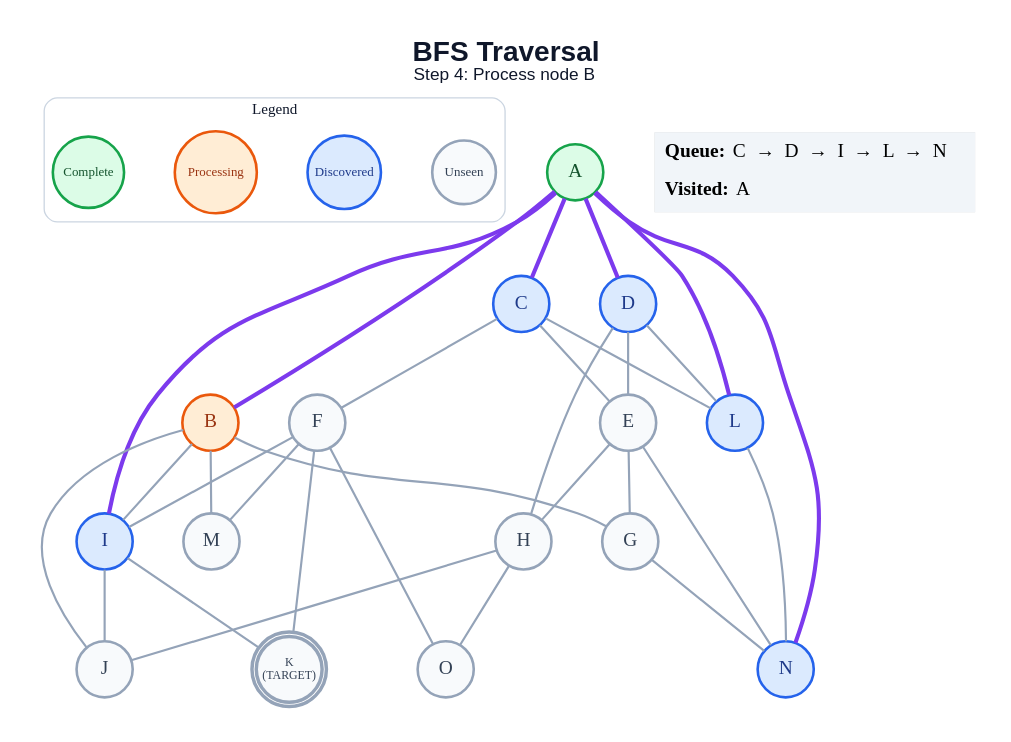
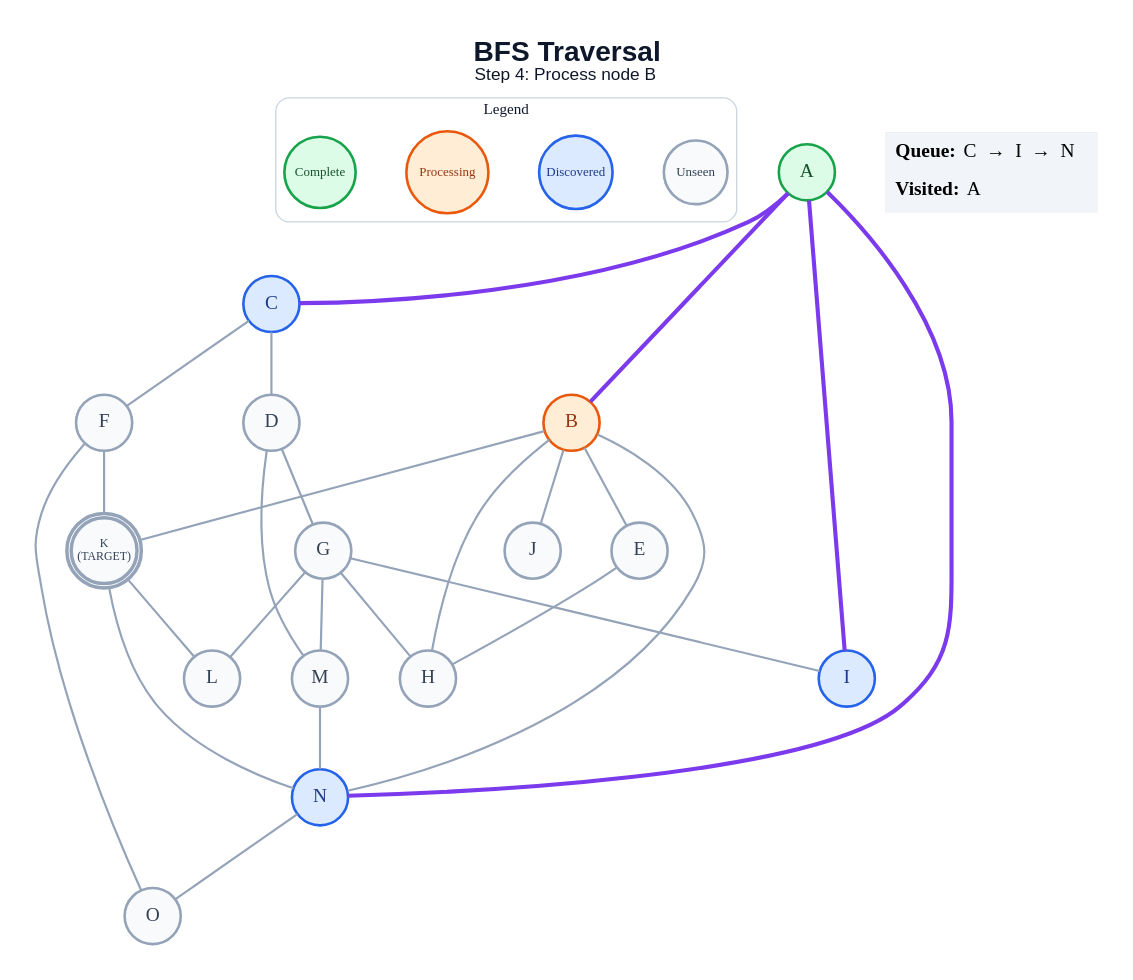
The diagram in generated/bfs/step_04.dot (anon7238593-create/ai-slop), drawn with Graphviz before and after one commit. The commit also changed 281 other files, not shown here.

```diff
--- a/generated/bfs/step_04.dot
+++ b/generated/bfs/step_04.dot
@@ -1,63 +1,58 @@
 graph traversal {
   graph [layout=dot, rankdir=TB, bgcolor="#FFFFFF", pad="0.35", nodesep="0.65", ranksep="0.8", fontname="Arial"];
   node [shape=circle, style="filled", fontname="Arial Bold", fontsize=18, width=0.72, fixedsize=true, penwidth=2.4];
   edge [color="#94A3B8", penwidth=2.0];
   label=<<B>BFS Traversal</B><BR/><FONT POINT-SIZE="16">Step 4: Process node B</FONT>>; labelloc="t"; fontsize=26; fontname="Arial"; fontcolor="#0F172A";
   subgraph cluster_legend { label="Legend"; color="#CBD5E1"; penwidth=1.2; style="rounded"; fontsize=14; fontname="Arial Bold";
     key_unseen [label="Unseen", fillcolor="#F8FAFC", color="#94A3B8", fontcolor="#334155", fontsize=12, width=0.82];
     key_frontier [label="Discovered", fillcolor="#DBEAFE", color="#2563EB", fontcolor="#1E3A8A", fontsize=12, width=0.95];
     key_current [label="Processing", fillcolor="#FFEDD5", color="#EA580C", fontcolor="#9A3412", fontsize=12, width=1.05];
     key_done [label="Complete", fillcolor="#DCFCE7", color="#16A34A", fontcolor="#14532D", fontsize=12, width=0.92];
     { rank=same; key_unseen; key_frontier; key_current; key_done; }
   }
   A [label="A", fillcolor="#DCFCE7", color="#16A34A", fontcolor="#14532D", peripheries=1, penwidth=2.4];
   B [label="B", fillcolor="#FFEDD5", color="#EA580C", fontcolor="#9A3412", peripheries=1, penwidth=2.4];
   C [label="C", fillcolor="#DBEAFE", color="#2563EB", fontcolor="#1E3A8A", peripheries=1, penwidth=2.4];
-  D [label="D", fillcolor="#DBEAFE", color="#2563EB", fontcolor="#1E3A8A", peripheries=1, penwidth=2.4];
+  D [label="D", fillcolor="#F8FAFC", color="#94A3B8", fontcolor="#334155", peripheries=1, penwidth=2.4];
   E [label="E", fillcolor="#F8FAFC", color="#94A3B8", fontcolor="#334155", peripheries=1, penwidth=2.4];
   F [label="F", fillcolor="#F8FAFC", color="#94A3B8", fontcolor="#334155", peripheries=1, penwidth=2.4];
   G [label="G", fillcolor="#F8FAFC", color="#94A3B8", fontcolor="#334155", peripheries=1, penwidth=2.4];
   H [label="H", fillcolor="#F8FAFC", color="#94A3B8", fontcolor="#334155", peripheries=1, penwidth=2.4];
   I [label="I", fillcolor="#DBEAFE", color="#2563EB", fontcolor="#1E3A8A", peripheries=1, penwidth=2.4];
   J [label="J", fillcolor="#F8FAFC", color="#94A3B8", fontcolor="#334155", peripheries=1, penwidth=2.4];
   K [label="K\n(TARGET)", fillcolor="#F8FAFC", color="#94A3B8", fontcolor="#334155", peripheries=2, penwidth=3.2, fontsize=11, width=0.85, height=0.85];
-  L [label="L", fillcolor="#DBEAFE", color="#2563EB", fontcolor="#1E3A8A", peripheries=1, penwidth=2.4];
+  L [label="L", fillcolor="#F8FAFC", color="#94A3B8", fontcolor="#334155", peripheries=1, penwidth=2.4];
   M [label="M", fillcolor="#F8FAFC", color="#94A3B8", fontcolor="#334155", peripheries=1, penwidth=2.4];
   N [label="N", fillcolor="#DBEAFE", color="#2563EB", fontcolor="#1E3A8A", peripheries=1, penwidth=2.4];
   O [label="O", fillcolor="#F8FAFC", color="#94A3B8", fontcolor="#334155", peripheries=1, penwidth=2.4];
   A -- B [color="#7C3AED", penwidth=3.8];
   A -- C [color="#7C3AED", penwidth=3.8];
-  A -- D [color="#7C3AED", penwidth=3.8];
   A -- I [color="#7C3AED", penwidth=3.8];
-  A -- L [color="#7C3AED", penwidth=3.8];
   A -- N [color="#7C3AED", penwidth=3.8];
-  B -- G;
-  B -- I;
+  B -- E;
+  B -- H;
   B -- J;
-  B -- M;
-  C -- E;
+  B -- K;
+  B -- N;
+  C -- D;
   C -- F;
-  C -- L;
-  D -- E;
-  D -- H;
-  D -- L;
-  E -- G;
+  D -- G;
+  D -- M;
   E -- H;
-  E -- N;
-  F -- I;
   F -- K;
-  F -- M;
   F -- O;
-  G -- N;
-  H -- J;
-  H -- O;
-  I -- J;
-  I -- K;
-  L -- N;
+  G -- H;
+  G -- I;
+  G -- L;
+  G -- M;
+  K -- L;
+  K -- N;
+  M -- N;
+  N -- O;
   status [shape=plain, fixedsize=false, width=0, height=0, margin=0, label=<
     <TABLE BORDER="0" CELLBORDER="0" CELLPADDING="7" BGCOLOR="#F1F5F9">
-      <TR><TD ALIGN="LEFT"><B>Queue:</B> C  →  D  →  I  →  L  →  N</TD></TR>
+      <TR><TD ALIGN="LEFT"><B>Queue:</B> C  →  I  →  N</TD></TR>
       <TR><TD ALIGN="LEFT"><B>Visited:</B> A</TD></TR>
     </TABLE>
   >];
 }
```
